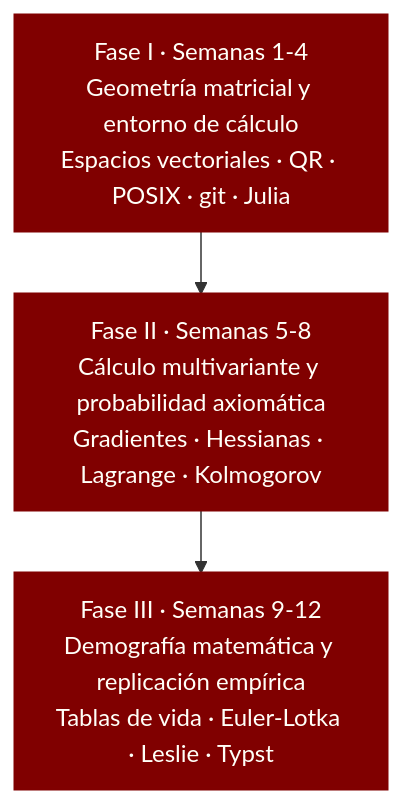
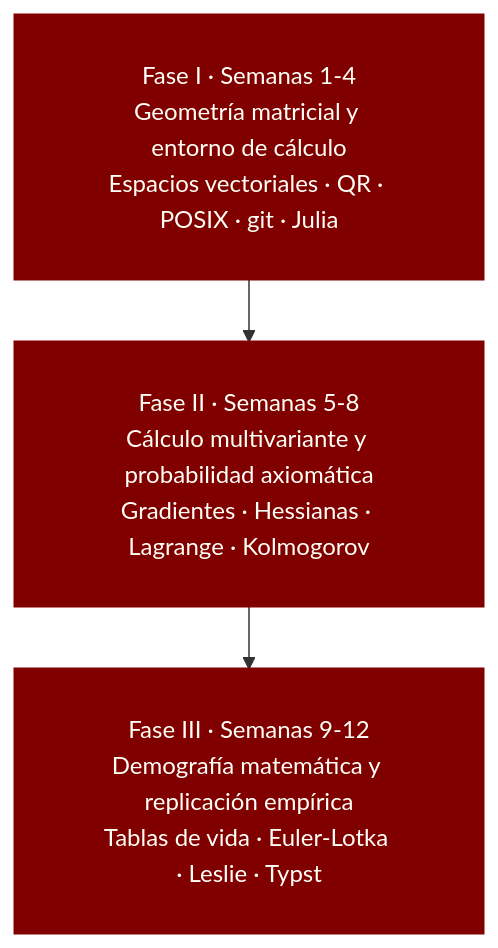
One commit to danielgccr/nuevasomosaguas changed the diagram in bootcamp.qmd. Above: the diagram before and after it, drawn with Mermaid. The commit also changed 11 other files, not shown here.

First line of the commit message:
Evita que las etiquetas de mermaid se corten

````diff
--- a/bootcamp.qmd
+++ b/bootcamp.qmd
@@ -48,15 +48,15 @@
 ```{mermaid}
 %%| label: fig-fases
 %%| fig-cap: "Las tres fases del bootcamp: el álgebra precede al cálculo, y el cálculo a la demografía."
 
-%%{init: {"flowchart": {"nodeSpacing": 26, "rankSpacing": 42, "padding": 12, "useMaxWidth": true}}}%%
+%%{init: {"flowchart": {"nodeSpacing": 26, "rankSpacing": 42, "padding": 28, "useMaxWidth": true}}}%%
 flowchart TB
     F1["Fase I · Semanas 1-4<br/>Geometría matricial y entorno de cálculo<br/>Espacios vectoriales · QR · POSIX · git · Julia"]
     F2["Fase II · Semanas 5-8<br/>Cálculo multivariante y probabilidad axiomática<br/>Gradientes · Hessianas · Lagrange · Kolmogorov"]
     F3["Fase III · Semanas 9-12<br/>Demografía matemática y replicación empírica<br/>Tablas de vida · Euler-Lotka · Leslie · Typst"]
 
     F1 --> F2 --> F3
 
     classDef fase fill:#800000,stroke:#800000,stroke-width:2px,color:#fffff8
     class F1,F2,F3 fase
 ```
````
